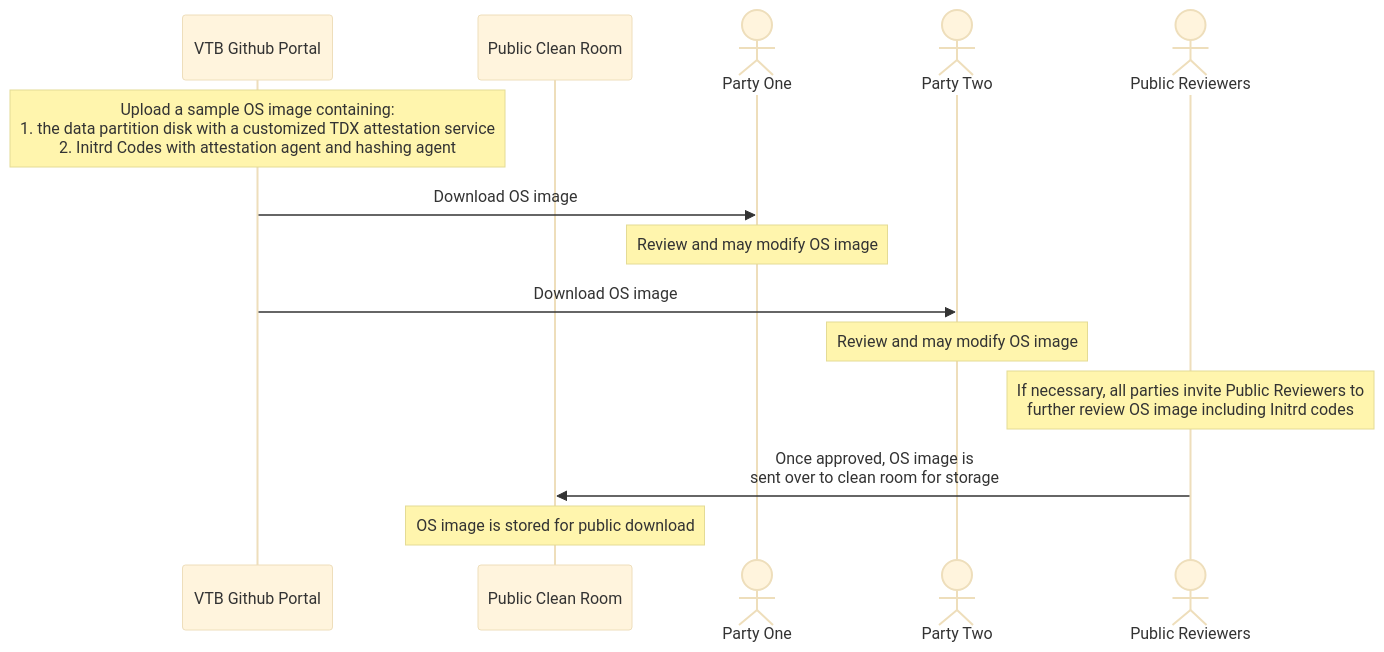
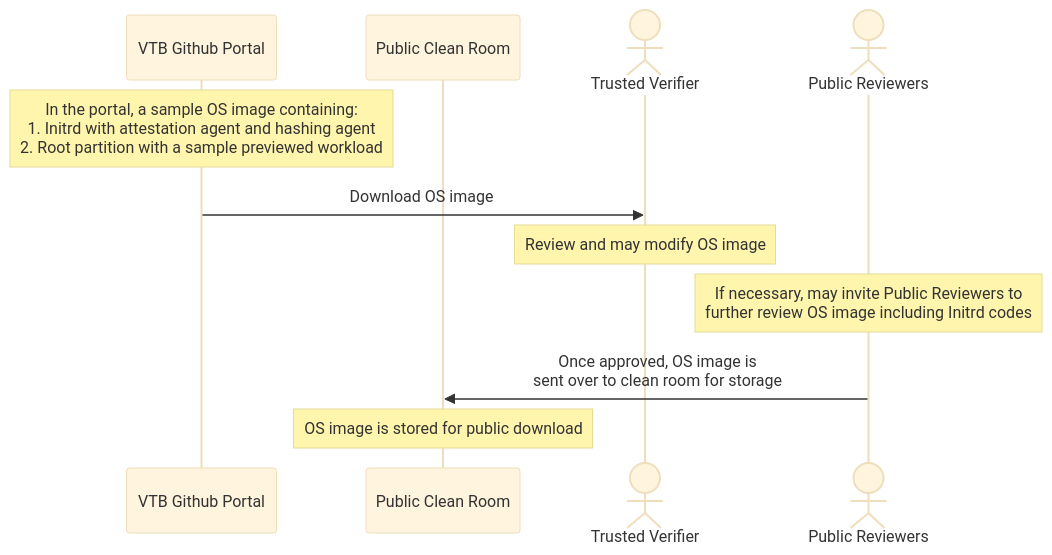
One commit to elvis77-op/VTB changed the first of 2 diagrams in README.md. Above: the diagram before and after it, drawn with Mermaid (base theme). The commit also changed other lines of this file and 1 other file, not shown here.

````diff
--- a/README.md
+++ b/README.md
@@ -24,17 +24,14 @@
 ```mermaid
 sequenceDiagram
     participant GH as VTB Github Portal
     participant CR as Public Clean Room
-    actor P-1 as Party One
-    actor P-2 as Party Two
+    actor P-1 as Trusted Verifier
     actor PR as Public Reviewers
-    Note over GH: Upload a sample OS image containing: <br>1. the data partition disk with a customized TDX attestation service <br>2. Initrd Codes with attestation agent and hashing agent
+    Note over GH: In the portal, a sample OS image containing: <br>1. Initrd with attestation agent and hashing agent<br>2. Root partition with a sample previewed workload
 	GH->>P-1: Download OS image
 	Note over P-1: Review and may modify OS image
-	GH->>P-2: Download OS image
-	Note over P-2: Review and may modify OS image
-	Note over PR: If necessary, all parties invite Public Reviewers to <br>further review OS image including Initrd codes
+	Note over PR: If necessary, may invite Public Reviewers to <br>further review OS image including Initrd codes
     PR->>CR: Once approved, OS image is <br>sent over to clean room for storage
 	Note over CR: OS image is stored for public download
     
 ```
````
